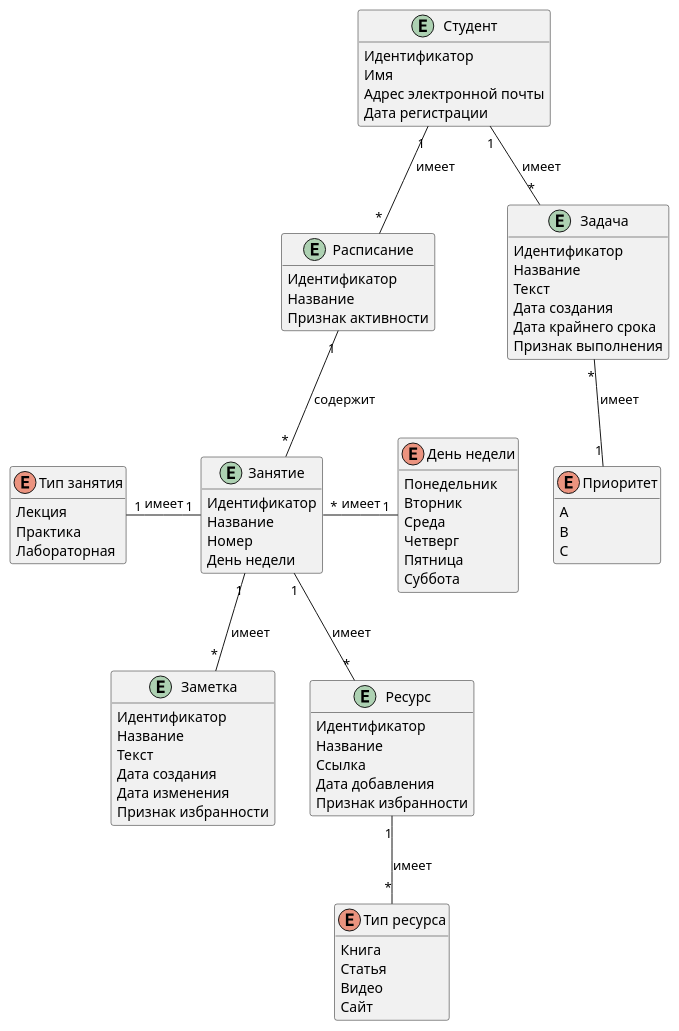
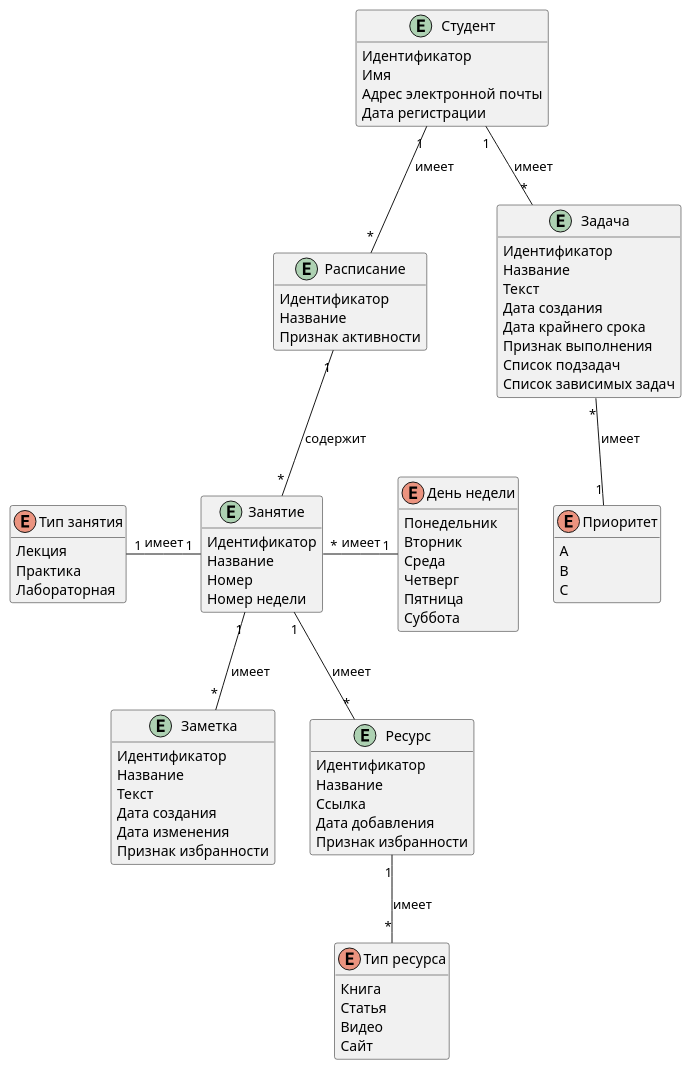
Before and after one commit to seljmov/stook: the diagram in docs/entity.puml, drawn with PlantUML.

```diff
--- a/docs/entity.puml
+++ b/docs/entity.puml
@@ -1,96 +1,98 @@
 @startuml "entity"
 
 hide empty members
 
 entity "Студент" as user {
     Идентификатор
     Имя
     Адрес электронной почты
     Дата регистрации
 }
 
 entity "Расписание" as schedule {
     Идентификатор
     Название
     Признак активности
 }
 
 entity "Занятие" as lesson {
     Идентификатор
     Название
     Номер
-    День недели
+    Номер недели
 }
 
 enum "День недели" as day {
     Понедельник
     Вторник
     Среда
     Четверг
     Пятница
     Суббота
 }
 
 enum "Тип занятия" as lessonType {
     Лекция
     Практика
     Лабораторная
 }
 
 entity "Заметка" as note {
     Идентификатор
     Название
     Текст
     Дата создания
     Дата изменения
     Признак избранности
 }
 
 entity "Ресурс" as resource {
     Идентификатор
     Название
     Ссылка
     Дата добавления
     Признак избранности
 }
 
 enum "Тип ресурса" as resourceType {
     Книга
     Статья
     Видео
     Сайт
 }
 
 entity "Задача" as task {
     Идентификатор
     Название
     Текст
     Дата создания
     Дата крайнего срока
     Признак выполнения
+    Список подзадач
+    Список зависимых задач
 }
 
 enum "Приоритет" as priority {
     A
     B
     C
 }
 
 user "1" -- "*" schedule : "имеет"
 
 schedule "1" -- "*" lesson : "содержит"
 lesson "1" -l- "1" lessonType : "имеет"
 lesson "*" -r- "1" day : "имеет"
 
 'user "1" -- "*" note : "имеет"
 lesson "1" -- "*" note : "имеет"
 
 'user "1" -- "*" resource : "имеет"
 lesson "1" -- "*" resource : "имеет"
 
 resource "1" -- "*" resourceType : "имеет"
 
 user "1" -- "*" task : "имеет"
 task "*" -- "1" priority : "имеет"
 
 @enduml
```
